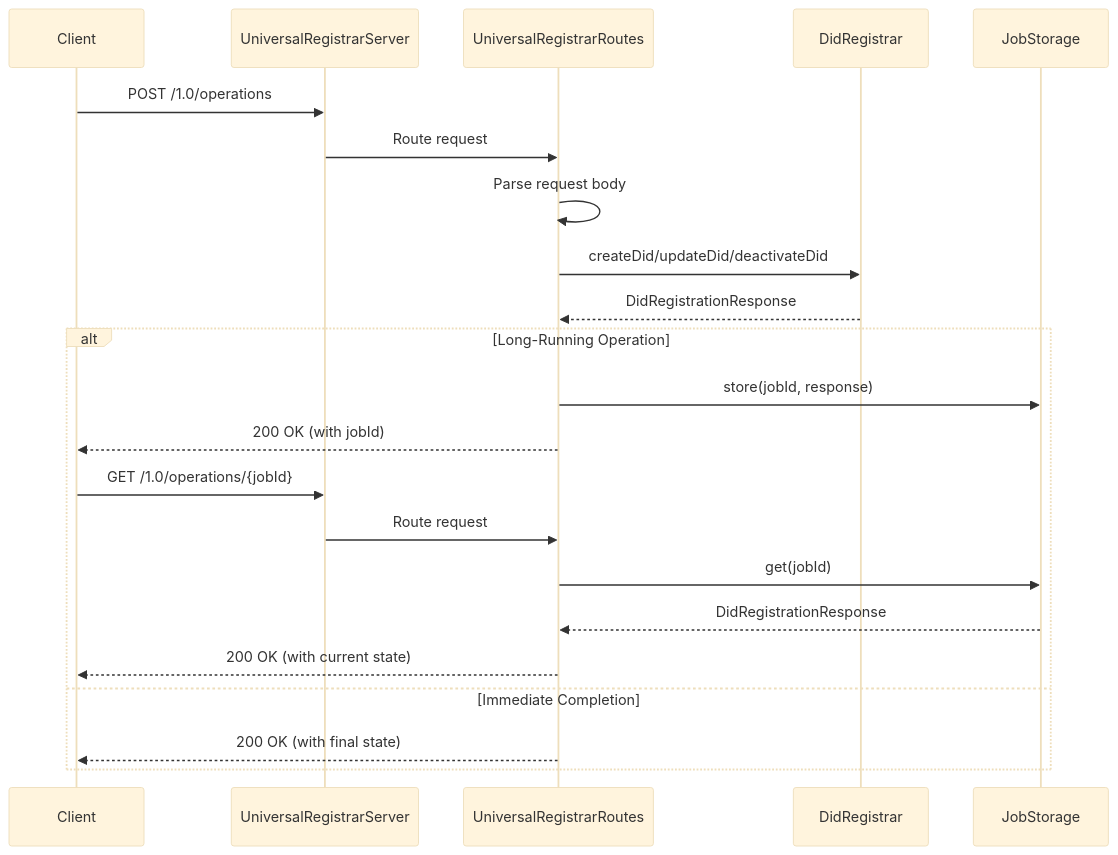
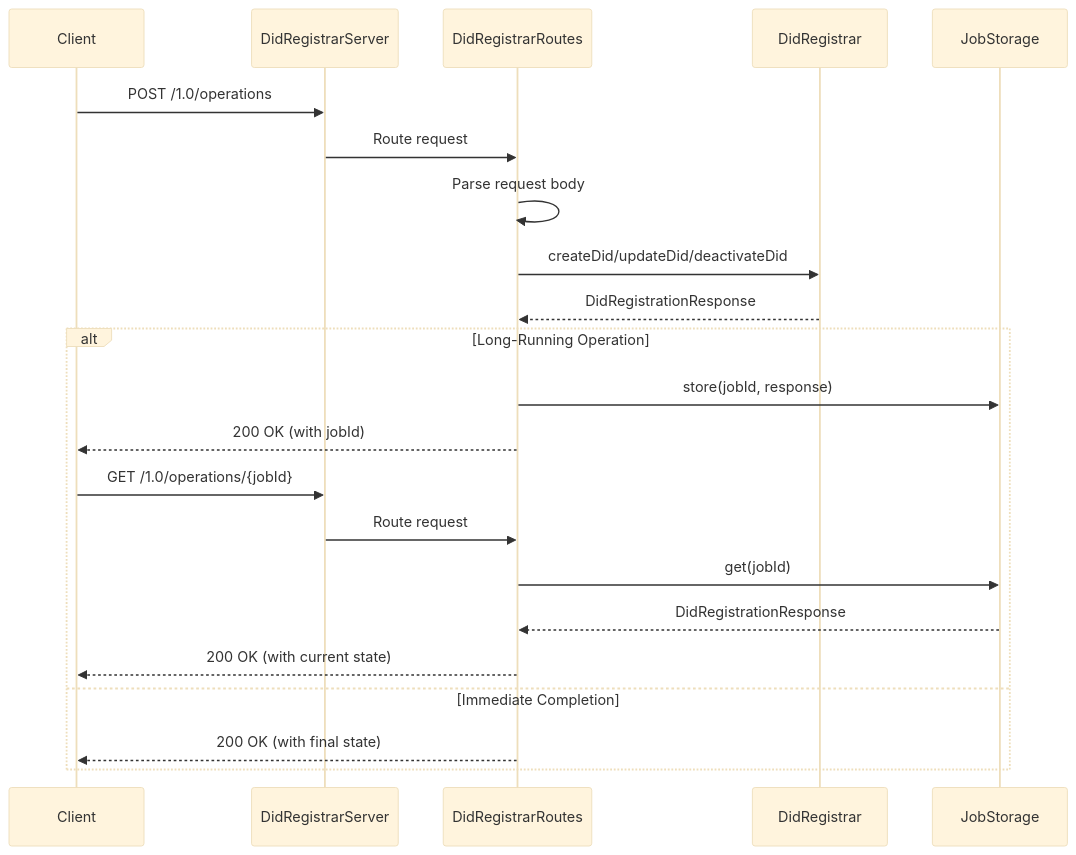
Before and after one commit to geoknoesis/trustweave: the second of 3 diagrams in docs/modules/trustweave-did-registrar-server.md, drawn with Mermaid (base theme). The commit also changed other lines of this file and 77 other files, not shown here.

````diff
--- a/docs/modules/trustweave-did-registrar-server.md
+++ b/docs/modules/trustweave-did-registrar-server.md
@@ -273,27 +373,27 @@
 ```mermaid
 sequenceDiagram
     participant Client
-    participant Server as UniversalRegistrarServer
-    participant Routes as UniversalRegistrarRoutes
+    participant Server as DidRegistrarServer
+    participant Routes as DidRegistrarRoutes
     participant Registrar as DidRegistrar
     participant Storage as JobStorage
     
     Client->>Server: POST /1.0/operations
     Server->>Routes: Route request
     Routes->>Routes: Parse request body
     Routes->>Registrar: createDid/updateDid/deactivateDid
     Registrar-->>Routes: DidRegistrationResponse
     
     alt Long-Running Operation
         Routes->>Storage: store(jobId, response)
         Routes-->>Client: 200 OK (with jobId)
         
         Client->>Server: GET /1.0/operations/{jobId}
         Server->>Routes: Route request
         Routes->>Storage: get(jobId)
         Storage-->>Routes: DidRegistrationResponse
         Routes-->>Client: 200 OK (with current state)
     else Immediate Completion
         Routes-->>Client: 200 OK (with final state)
     end
 ```
````
